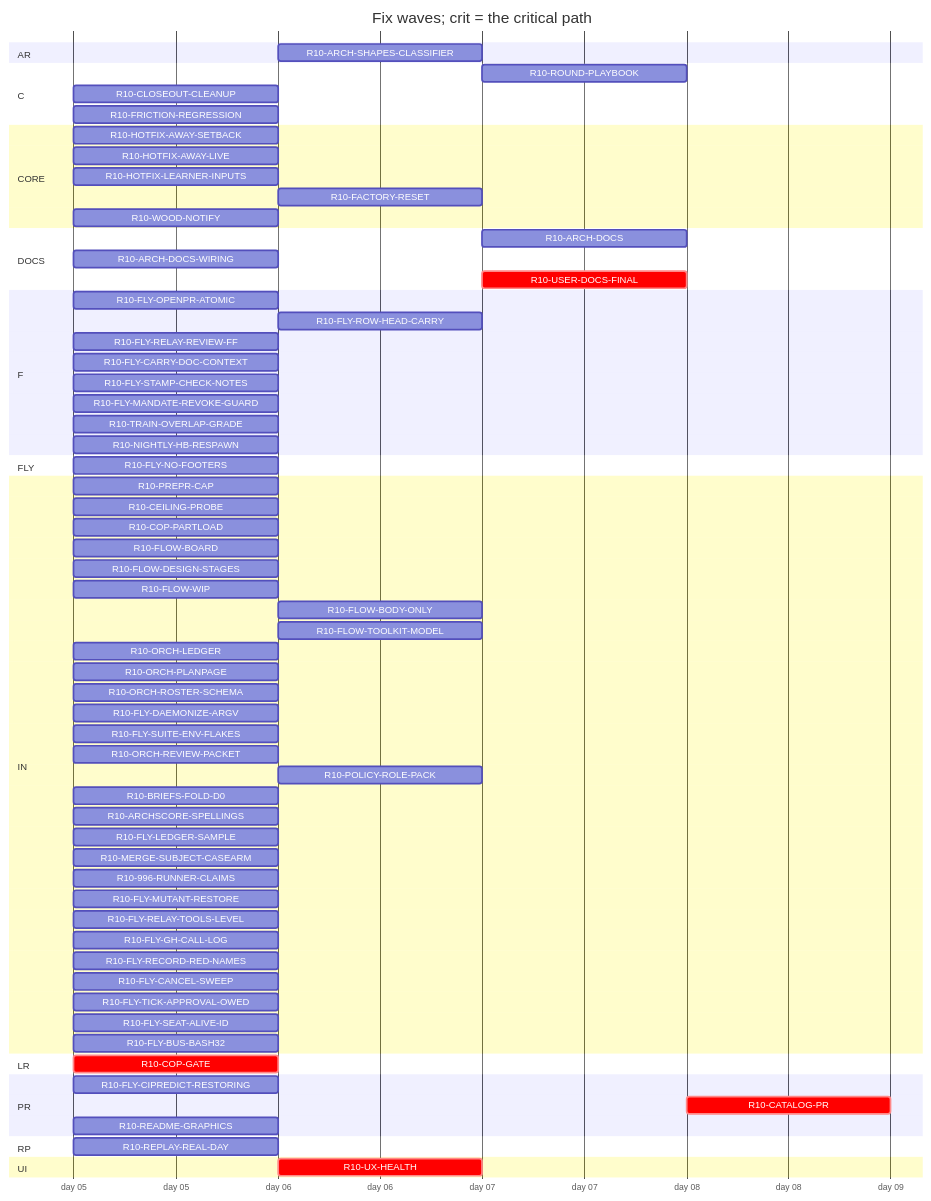
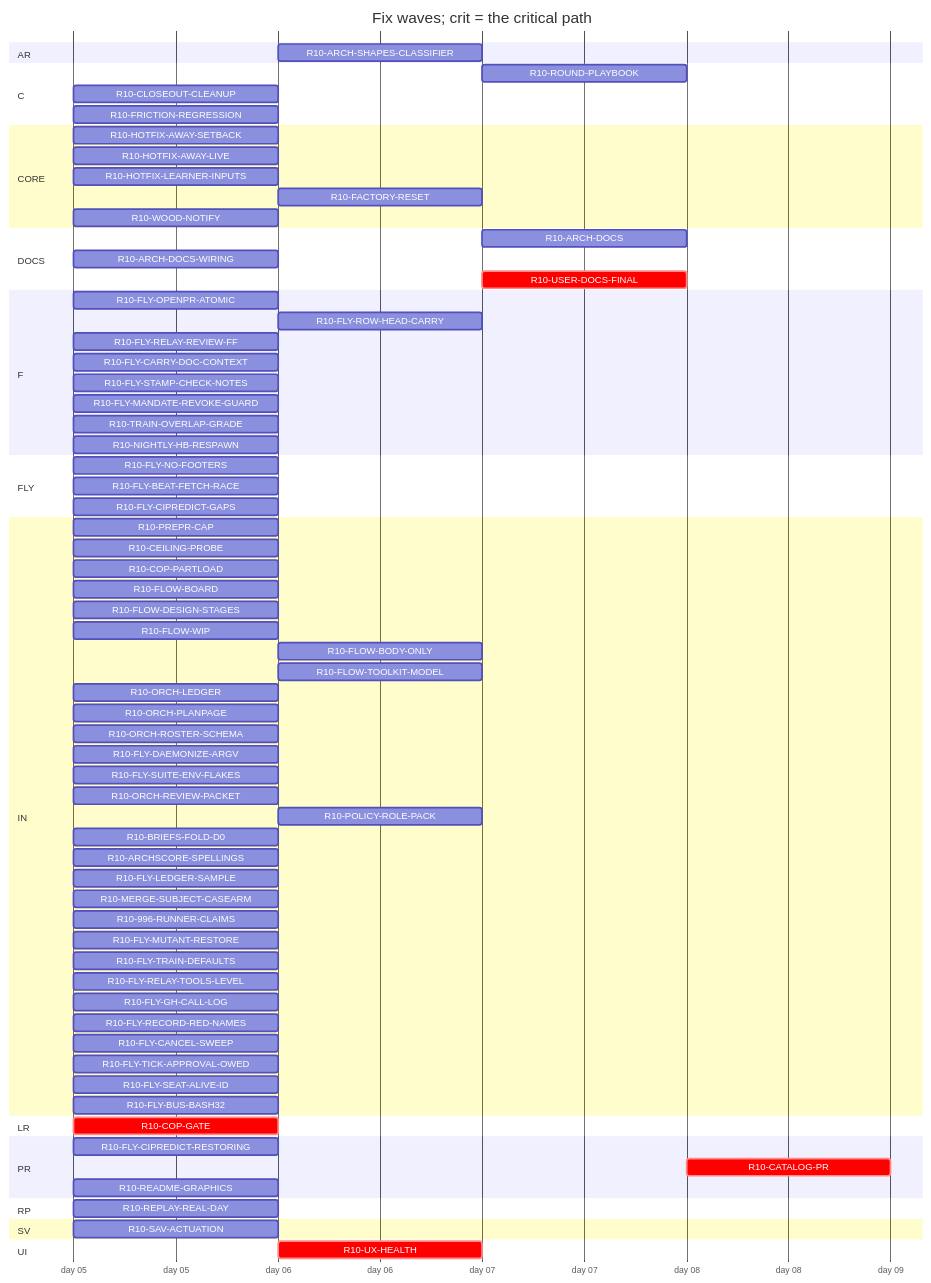
Before and after one commit to tvofi/heatpump_optimizer: the diagram in handoff/round10/state/PLAN-TABLE.md, drawn with Mermaid. The commit also changed other lines of this file and 3 other files, not shown here.

Commit message:
state: FLOW-BOARD.md, NEXT-SESSION-PROMPT.md, PLAN-TABLE.md, RESUME-CURRENT.md regenerated (state_docs.py)

````diff
--- a/handoff/round10/state/PLAN-TABLE.md
+++ b/handoff/round10/state/PLAN-TABLE.md
@@ -24,72 +25,77 @@
 ```mermaid
 gantt
   title Fix waves; crit = the critical path
   dateFormat YYYY-MM-DD
   axisFormat day %d
   section AR
     R10-ARCH-SHAPES-CLASSIFIER :r10ARCHSHAPESCLASSIFIER, after r10996RUNNERCLAIMS, 1d
   section C
     R10-ROUND-PLAYBOOK :r10ROUNDPLAYBOOK, after r10ORCHLEDGER r10ORCHPLANPAGE r10FLYRELAYREVIEWFF r10FLOWBODYONLY, 1d
     R10-CLOSEOUT-CLEANUP :r10CLOSEOUTCLEANUP, 2026-01-05, 1d
     R10-FRICTION-REGRESSION :r10FRICTIONREGRESSION, 2026-01-05, 1d
   section CORE
     R10-HOTFIX-AWAY-SETBACK :r10HOTFIXAWAYSETBACK, 2026-01-05, 1d
     R10-HOTFIX-AWAY-LIVE :r10HOTFIXAWAYLIVE, 2026-01-05, 1d
     R10-HOTFIX-LEARNER-INPUTS :r10HOTFIXLEARNERINPUTS, 2026-01-05, 1d
     R10-FACTORY-RESET :r10FACTORYRESET, after r10HOTFIXLEARNERINPUTS, 1d
     R10-WOOD-NOTIFY :r10WOODNOTIFY, 2026-01-05, 1d
   section DOCS
-    R10-ARCH-DOCS :r10ARCHDOCS, after r10COPGATE r10UXHEALTH r10CEILINGPROBE r10COPPARTLOAD r10FLOWBOARD r10FLOWDESIGNSTAGES r10FLOWWIP r10FLOWBODYONLY r10FLYOPENPRATOMIC r10FLYROWHEADCARRY r10FLYRELAYREVIEWFF r10FLYCARRYDOCCONTEXT r10FLOWTOOLKITMODEL r10FLYSTAMPCHECKNOTES r10FLYMANDATEREVOKEGUARD r10TRAINOVERLAPGRADE r10NIGHTLYHBRESPAWN r10ORCHLEDGER r10ORCHPLANPAGE r10ORCHROSTERSCHEMA r10FLYDAEMONIZEARGV r10ORCHREVIEWPACKET r10POLICYROLEPACK r10BRIEFSFOLDD0 r10REPLAYREALDAY r10ARCHSCORESPELLINGS r10FLYLEDGERSAMPLE r10READMEGRAPHICS, 1d
+    R10-ARCH-DOCS :r10ARCHDOCS, after r10COPGATE r10UXHEALTH r10CEILINGPROBE r10COPPARTLOAD r10FLOWBOARD r10FLOWDESIGNSTAGES r10FLOWWIP r10FLOWBODYONLY r10FLYOPENPRATOMIC r10FLYROWHEADCARRY r10FLYRELAYREVIEWFF r10FLYCARRYDOCCONTEXT r10FLOWTOOLKITMODEL r10FLYSTAMPCHECKNOTES r10FLYMANDATEREVOKEGUARD r10TRAINOVERLAPGRADE r10NIGHTLYHBRESPAWN r10ORCHLEDGER r10ORCHPLANPAGE r10ORCHROSTERSCHEMA r10FLYDAEMONIZEARGV r10ORCHREVIEWPACKET r10POLICYROLEPACK r10BRIEFSFOLDD0 r10REPLAYREALDAY r10ARCHSCORESPELLINGS r10SAVACTUATION r10FLYLEDGERSAMPLE r10READMEGRAPHICS, 1d
     R10-ARCH-DOCS-WIRING :r10ARCHDOCSWIRING, 2026-01-05, 1d
-    R10-USER-DOCS-FINAL :crit, r10USERDOCSFINAL, after r10COPGATE r10UXHEALTH r10CEILINGPROBE r10COPPARTLOAD r10FLOWBOARD r10FLOWDESIGNSTAGES r10FLOWWIP r10FLOWBODYONLY r10FLYOPENPRATOMIC r10FLYROWHEADCARRY r10FLYRELAYREVIEWFF r10FLYCARRYDOCCONTEXT r10FLOWTOOLKITMODEL r10FLYSTAMPCHECKNOTES r10FLYMANDATEREVOKEGUARD r10TRAINOVERLAPGRADE r10NIGHTLYHBRESPAWN r10ORCHLEDGER r10ORCHPLANPAGE r10ORCHROSTERSCHEMA r10FLYDAEMONIZEARGV r10ORCHREVIEWPACKET r10POLICYROLEPACK r10BRIEFSFOLDD0 r10REPLAYREALDAY r10ARCHSCORESPELLINGS r10FLYLEDGERSAMPLE r10READMEGRAPHICS r10HOTFIXAWAYLIVE r10HOTFIXAWAYSETBACK r10HOTFIXLEARNERINPUTS r10FACTORYRESET r10WOODNOTIFY r10ARCHDOCSWIRING, 1d
+    R10-USER-DOCS-FINAL :crit, r10USERDOCSFINAL, after r10COPGATE r10UXHEALTH r10CEILINGPROBE r10COPPARTLOAD r10FLOWBOARD r10FLOWDESIGNSTAGES r10FLOWWIP r10FLOWBODYONLY r10FLYOPENPRATOMIC r10FLYROWHEADCARRY r10FLYRELAYREVIEWFF r10FLYCARRYDOCCONTEXT r10FLOWTOOLKITMODEL r10FLYSTAMPCHECKNOTES r10FLYMANDATEREVOKEGUARD r10TRAINOVERLAPGRADE r10NIGHTLYHBRESPAWN r10ORCHLEDGER r10ORCHPLANPAGE r10ORCHROSTERSCHEMA r10FLYDAEMONIZEARGV r10ORCHREVIEWPACKET r10POLICYROLEPACK r10BRIEFSFOLDD0 r10REPLAYREALDAY r10ARCHSCORESPELLINGS r10SAVACTUATION r10FLYLEDGERSAMPLE r10READMEGRAPHICS r10HOTFIXAWAYLIVE r10HOTFIXAWAYSETBACK r10HOTFIXLEARNERINPUTS r10FACTORYRESET r10WOODNOTIFY r10ARCHDOCSWIRING, 1d
   section F
     R10-FLY-OPENPR-ATOMIC :r10FLYOPENPRATOMIC, 2026-01-05, 1d
     R10-FLY-ROW-HEAD-CARRY :r10FLYROWHEADCARRY, after r10FLYOPENPRATOMIC, 1d
     R10-FLY-RELAY-REVIEW-FF :r10FLYRELAYREVIEWFF, 2026-01-05, 1d
     R10-FLY-CARRY-DOC-CONTEXT :r10FLYCARRYDOCCONTEXT, 2026-01-05, 1d
     R10-FLY-STAMP-CHECK-NOTES :r10FLYSTAMPCHECKNOTES, 2026-01-05, 1d
     R10-FLY-MANDATE-REVOKE-GUARD :r10FLYMANDATEREVOKEGUARD, 2026-01-05, 1d
     R10-TRAIN-OVERLAP-GRADE :r10TRAINOVERLAPGRADE, 2026-01-05, 1d
     R10-NIGHTLY-HB-RESPAWN :r10NIGHTLYHBRESPAWN, 2026-01-05, 1d
   section FLY
     R10-FLY-NO-FOOTERS :r10FLYNOFOOTERS, 2026-01-05, 1d
+    R10-FLY-BEAT-FETCH-RACE :r10FLYBEATFETCHRACE, 2026-01-05, 1d
+    R10-FLY-CIPREDICT-GAPS :r10FLYCIPREDICTGAPS, 2026-01-05, 1d
   section IN
     R10-PREPR-CAP :r10PREPRCAP, 2026-01-05, 1d
     R10-CEILING-PROBE :r10CEILINGPROBE, 2026-01-05, 1d
     R10-COP-PARTLOAD :r10COPPARTLOAD, 2026-01-05, 1d
     R10-FLOW-BOARD :r10FLOWBOARD, 2026-01-05, 1d
     R10-FLOW-DESIGN-STAGES :r10FLOWDESIGNSTAGES, 2026-01-05, 1d
     R10-FLOW-WIP :r10FLOWWIP, 2026-01-05, 1d
     R10-FLOW-BODY-ONLY :r10FLOWBODYONLY, after r10FLYOPENPRATOMIC, 1d
     R10-FLOW-TOOLKIT-MODEL :r10FLOWTOOLKITMODEL, after r10ORCHPLANPAGE, 1d
     R10-ORCH-LEDGER :r10ORCHLEDGER, 2026-01-05, 1d
     R10-ORCH-PLANPAGE :r10ORCHPLANPAGE, 2026-01-05, 1d
     R10-ORCH-ROSTER-SCHEMA :r10ORCHROSTERSCHEMA, 2026-01-05, 1d
     R10-FLY-DAEMONIZE-ARGV :r10FLYDAEMONIZEARGV, 2026-01-05, 1d
     R10-FLY-SUITE-ENV-FLAKES :r10FLYSUITEENVFLAKES, 2026-01-05, 1d
     R10-ORCH-REVIEW-PACKET :r10ORCHREVIEWPACKET, 2026-01-05, 1d
     R10-POLICY-ROLE-PACK :r10POLICYROLEPACK, after r10FLOWDESIGNSTAGES, 1d
     R10-BRIEFS-FOLD-D0 :r10BRIEFSFOLDD0, 2026-01-05, 1d
     R10-ARCHSCORE-SPELLINGS :r10ARCHSCORESPELLINGS, 2026-01-05, 1d
     R10-FLY-LEDGER-SAMPLE :r10FLYLEDGERSAMPLE, 2026-01-05, 1d
     R10-MERGE-SUBJECT-CASEARM :r10MERGESUBJECTCASEARM, 2026-01-05, 1d
     R10-996-RUNNER-CLAIMS :r10996RUNNERCLAIMS, 2026-01-05, 1d
     R10-FLY-MUTANT-RESTORE :r10FLYMUTANTRESTORE, 2026-01-05, 1d
+    R10-FLY-TRAIN-DEFAULTS :r10FLYTRAINDEFAULTS, 2026-01-05, 1d
     R10-FLY-RELAY-TOOLS-LEVEL :r10FLYRELAYTOOLSLEVEL, 2026-01-05, 1d
     R10-FLY-GH-CALL-LOG :r10FLYGHCALLLOG, 2026-01-05, 1d
     R10-FLY-RECORD-RED-NAMES :r10FLYRECORDREDNAMES, 2026-01-05, 1d
     R10-FLY-CANCEL-SWEEP :r10FLYCANCELSWEEP, 2026-01-05, 1d
     R10-FLY-TICK-APPROVAL-OWED :r10FLYTICKAPPROVALOWED, 2026-01-05, 1d
     R10-FLY-SEAT-ALIVE-ID :r10FLYSEATALIVEID, 2026-01-05, 1d
     R10-FLY-BUS-BASH32 :r10FLYBUSBASH32, 2026-01-05, 1d
   section LR
     R10-COP-GATE :crit, r10COPGATE, 2026-01-05, 1d
   section PR
     R10-FLY-CIPREDICT-RESTORING :r10FLYCIPREDICTRESTORING, 2026-01-05, 1d
     R10-CATALOG-PR :crit, r10CATALOGPR, after r10READMEGRAPHICS r10USERDOCSFINAL, 1d
     R10-README-GRAPHICS :r10READMEGRAPHICS, 2026-01-05, 1d
   section RP
     R10-REPLAY-REAL-DAY :r10REPLAYREALDAY, 2026-01-05, 1d
+  section SV
+    R10-SAV-ACTUATION :r10SAVACTUATION, 2026-01-05, 1d
   section UI
     R10-UX-HEALTH :crit, r10UXHEALTH, after r10COPGATE, 1d
 ```
````
